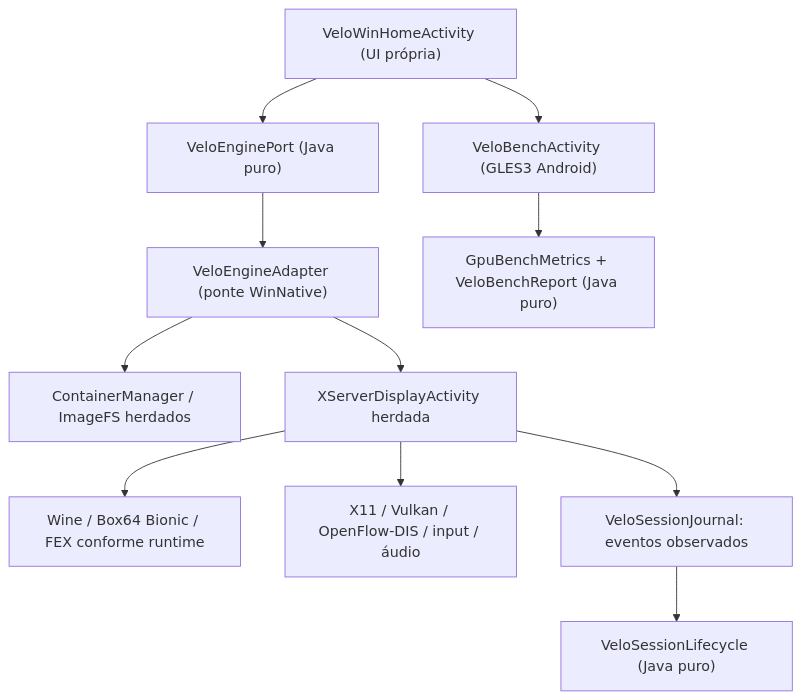
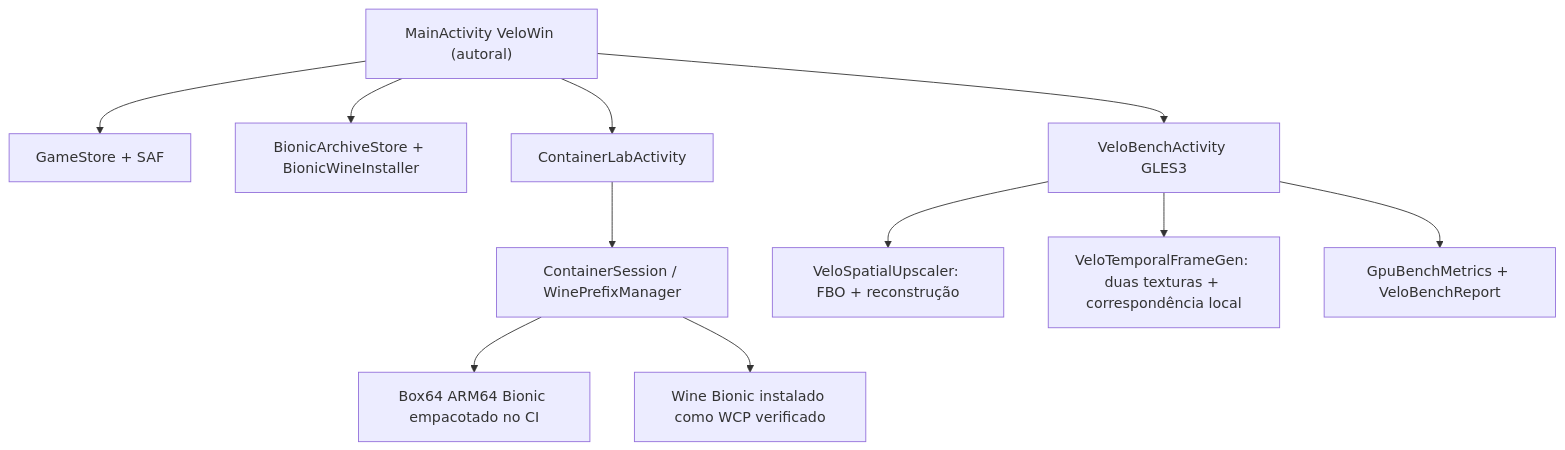
Before and after one commit to danilo631/VeloWin: the diagram in docs/ARCHITECTURE.md, drawn with Mermaid. The commit also changed other lines of this file and 2 other files, not shown here.

Commit message:
docs(v21): document actual independent APK, GLES FrameGen limits and Wine/X11 gap

````diff
--- a/docs/ARCHITECTURE.md
+++ b/docs/ARCHITECTURE.md
@@ -24,13 +5,13 @@
 ```mermaid
 flowchart TD
-  HOME["VeloWinHomeActivity (UI própria)"] --> PORT["VeloEnginePort (Java puro)"]
-  PORT --> ADAPTER["VeloEngineAdapter (ponte WinNative)"]
-  ADAPTER --> MANAGER["ContainerManager / ImageFS herdados"]
-  ADAPTER --> XSERVER["XServerDisplayActivity herdada"]
-  XSERVER --> WINE["Wine / Box64 Bionic / FEX conforme runtime"]
-  XSERVER --> GRAPHICS["X11 / Vulkan / OpenFlow-DIS / input / áudio"]
-  XSERVER --> EVENTS["VeloSessionJournal: eventos observados"]
-  EVENTS --> SESSION["VeloSessionLifecycle (Java puro)"]
-  HOME --> BENCH["VeloBenchActivity (GLES3 Android)"]
-  BENCH --> METRICS["GpuBenchMetrics + VeloBenchReport (Java puro)"]
+    Home["MainActivity VeloWin (autoral)"] --> Games["GameStore + SAF"]
+    Home --> Runtimes["BionicArchiveStore + BionicWineInstaller"]
+    Home --> Lab["ContainerLabActivity"]
+    Lab --> Session["ContainerSession / WinePrefixManager"]
+    Session --> Box["Box64 ARM64 Bionic empacotado no CI"]
+    Session --> Wine["Wine Bionic instalado como WCP verificado"]
+    Home --> Bench["VeloBenchActivity GLES3"]
+    Bench --> Spatial["VeloSpatialUpscaler: FBO + reconstrução"]
+    Bench --> Temporal["VeloTemporalFrameGen: duas texturas + correspondência local"]
+    Bench --> Metrics["GpuBenchMetrics + VeloBenchReport"]
 ```
````
